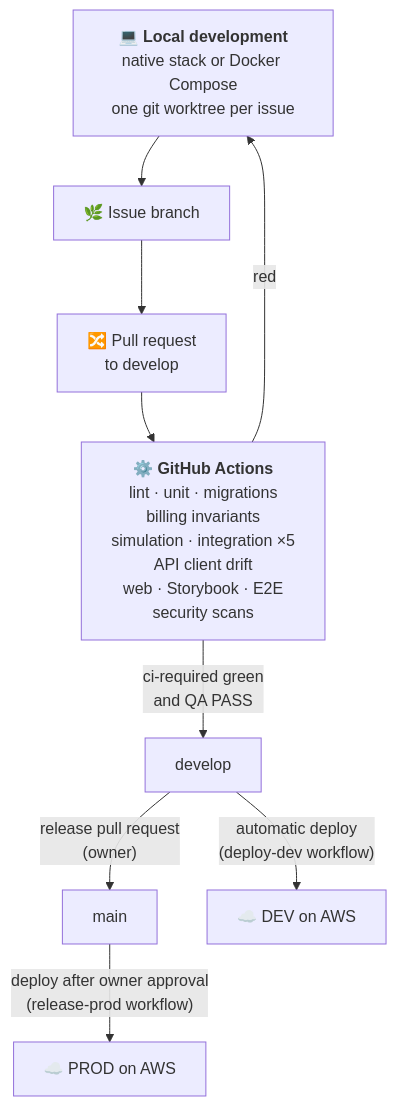
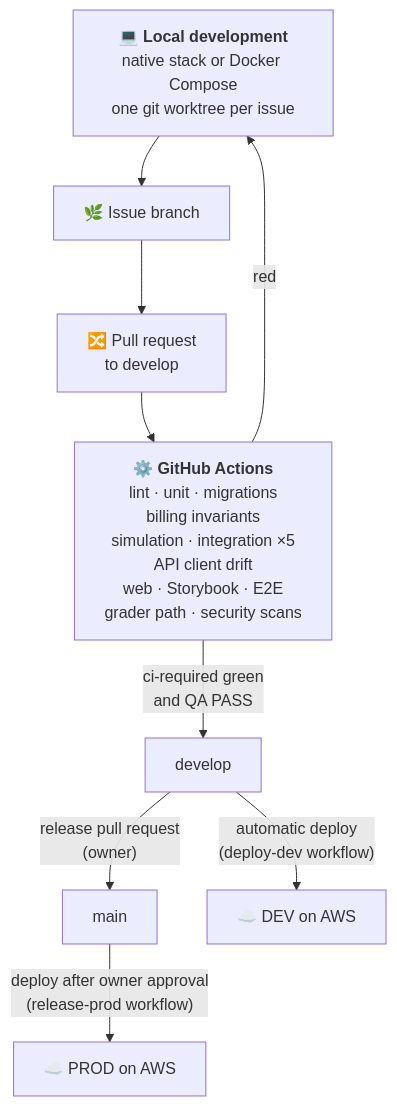
One commit to JaimeSolisS/classora changed the second of 4 diagrams in _docs/Full_README.md. Above: the diagram before and after it, drawn with Mermaid. The commit also changed other lines of this file and 12 other files, not shown here.

First line of the commit message:
Grader path: make start, make seed-data-english and make test need only Docker and Make (#672) (#676)

````diff
--- a/_docs/Full_README.md
+++ b/_docs/Full_README.md
@@ -1368,18 +1458,18 @@
 ```mermaid
 flowchart TB
   local["💻 <b>Local development</b><br/>native stack or Docker Compose<br/>one git worktree per issue"]
   branch["🌿 Issue branch"]
   pr["🔀 Pull request<br/>to develop"]
-  ci["⚙️ <b>GitHub Actions</b><br/>lint · unit · migrations<br/>billing invariants<br/>simulation · integration ×5<br/>API client drift<br/>web · Storybook · E2E<br/>security scans"]
+  ci["⚙️ <b>GitHub Actions</b><br/>lint · unit · migrations<br/>billing invariants<br/>simulation · integration ×5<br/>API client drift<br/>web · Storybook · E2E<br/>grader path · security scans"]
   develop["develop"]
   main["main"]
   devenv["☁️ DEV on AWS"]
   prodenv["☁️ PROD on AWS"]
 
   local --> branch --> pr --> ci
   ci -->|"ci-required green<br/>and QA PASS"| develop
   ci -->|red| local
   develop -->|"release pull request<br/>(owner)"| main
   develop -->|"automatic deploy<br/>(deploy-dev workflow)"| devenv
   main -->|"deploy after owner approval<br/>(release-prod workflow)"| prodenv
 ```
````
